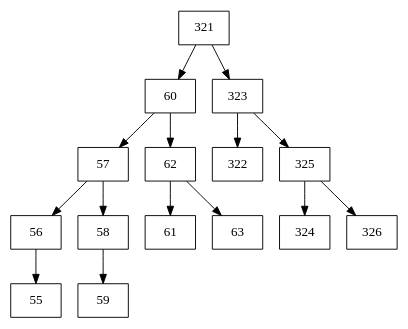
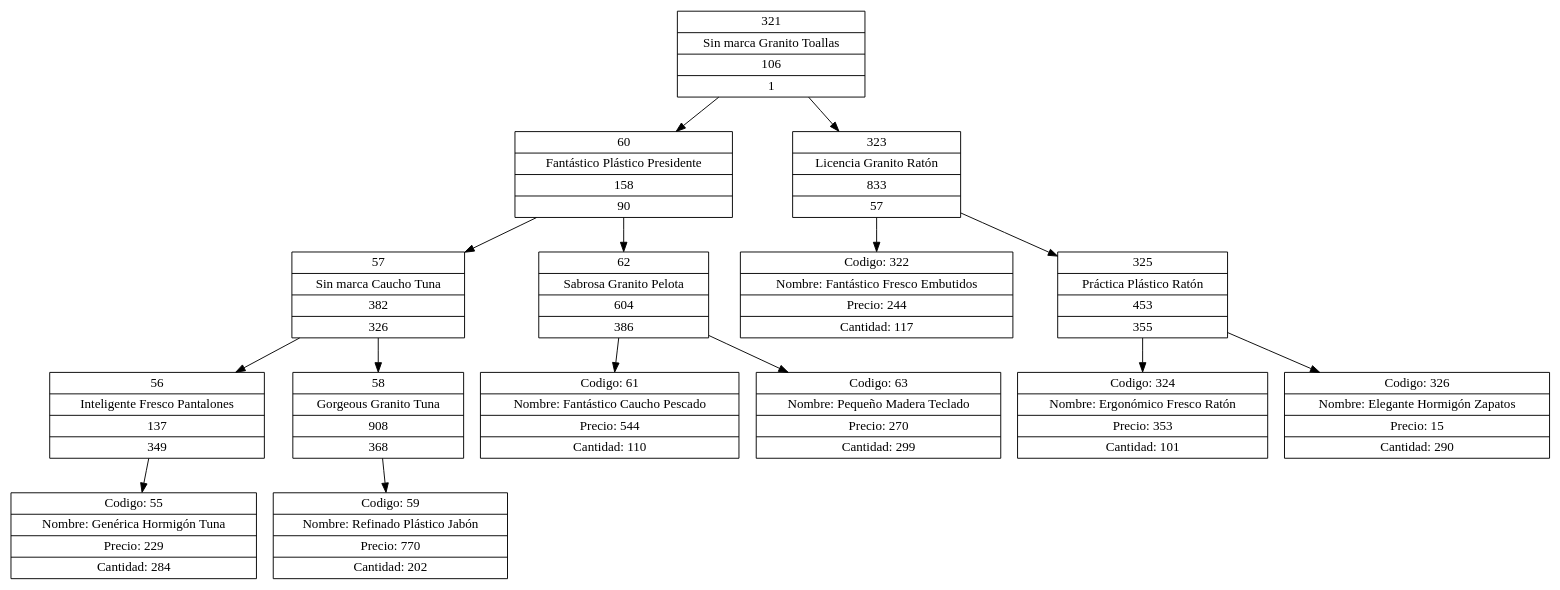
The diagram in Servidor/graficoArboles/Borrego Rocha e Hijos1.dot (Macario12/EDD_VirtualMall_201905837), drawn with Graphviz before and after one commit. The commit also changed 502 other files, not shown here.

```diff
--- a/Servidor/graficoArboles/Borrego Rocha e Hijos1.dot
+++ b/Servidor/graficoArboles/Borrego Rocha e Hijos1.dot
@@ -1,34 +1,34 @@
 digraph grafico{
 rankdir=UD 
 node[shape=box] 
 concentrate=true 
-nodo321[ shape=record, label ="321"];
-nodo60[ shape=record, label ="60"];
-nodo57[ shape=record, label ="57"];
-nodo56[ shape=record, label ="56"];
-nodo55[ shape=record, label ="55"];
+nodo321[ shape=record, label ="{321|Sin marca Granito Toallas|106|1}"];
+nodo60[ shape=record, label ="{60|Fantástico Plástico Presidente|158|90}"];
+nodo57[ shape=record, label ="{57|Sin marca Caucho Tuna|382|326}"];
+nodo56[ shape=record, label ="{56|Inteligente Fresco Pantalones|137|349}"];
+nodo55[ shape=record, label ="{Codigo: 55|Nombre: Genérica Hormigón Tuna|Precio: 229|Cantidad: 284}"];
 nodo56->nodo55
 nodo57->nodo56
-nodo58[ shape=record, label ="58"];
-nodo59[ shape=record, label ="59"];
+nodo58[ shape=record, label ="{58|Gorgeous Granito Tuna|908|368}"];
+nodo59[ shape=record, label ="{Codigo: 59|Nombre: Refinado Plástico Jabón|Precio: 770|Cantidad: 202}"];
 nodo58->nodo59
 nodo57->nodo58
 nodo60->nodo57
-nodo62[ shape=record, label ="62"];
-nodo61[ shape=record, label ="61"];
+nodo62[ shape=record, label ="{62|Sabrosa Granito Pelota|604|386}"];
+nodo61[ shape=record, label ="{Codigo: 61|Nombre: Fantástico Caucho Pescado|Precio: 544|Cantidad: 110}"];
 nodo62->nodo61
-nodo63[ shape=record, label ="63"];
+nodo63[ shape=record, label ="{Codigo: 63|Nombre: Pequeño Madera Teclado|Precio: 270|Cantidad: 299}"];
 nodo62->nodo63
 nodo60->nodo62
 nodo321->nodo60
-nodo323[ shape=record, label ="323"];
-nodo322[ shape=record, label ="322"];
+nodo323[ shape=record, label ="{323|Licencia Granito Ratón|833|57}"];
+nodo322[ shape=record, label ="{Codigo: 322|Nombre: Fantástico Fresco Embutidos|Precio: 244|Cantidad: 117}"];
 nodo323->nodo322
-nodo325[ shape=record, label ="325"];
-nodo324[ shape=record, label ="324"];
+nodo325[ shape=record, label ="{325|Práctica Plástico Ratón|453|355}"];
+nodo324[ shape=record, label ="{Codigo: 324|Nombre: Ergonómico Fresco Ratón|Precio: 353|Cantidad: 101}"];
 nodo325->nodo324
-nodo326[ shape=record, label ="326"];
+nodo326[ shape=record, label ="{Codigo: 326|Nombre: Elegante Hormigón Zapatos|Precio: 15|Cantidad: 290}"];
 nodo325->nodo326
 nodo323->nodo325
 nodo321->nodo323
 }
```
